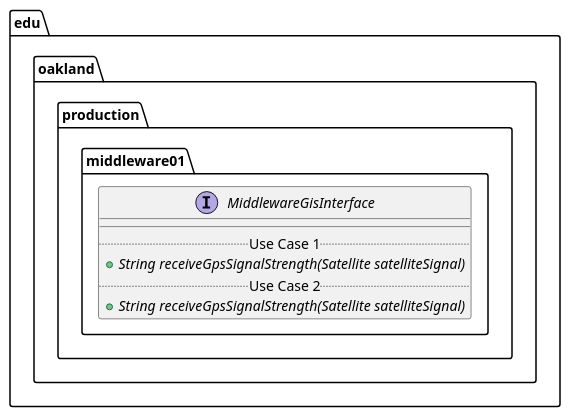
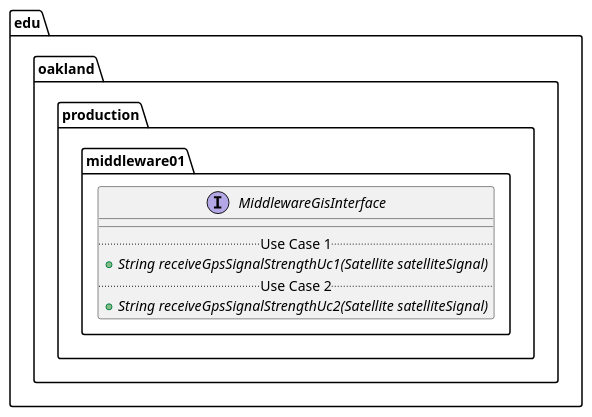
Before and after one commit to elilley15/csi-3370-software-project: the diagram in docs/uml-class-diagrams/middleware01/production/MiddlewareGisInterface/MiddlewareGisInterface.puml, drawn with PlantUML. The commit also changed 7 other files, not shown here.

```diff
--- a/docs/uml-class-diagrams/middleware01/production/MiddlewareGisInterface/MiddlewareGisInterface.puml
+++ b/docs/uml-class-diagrams/middleware01/production/MiddlewareGisInterface/MiddlewareGisInterface.puml
@@ -1,13 +1,13 @@
 @startuml MiddlewareGisInterface
 
 package edu.oakland.production.middleware01 {
     interface MiddlewareGisInterface {
         __
         .. Use Case 1 ..
-        {abstract} + String receiveGpsSignalStrength(Satellite satelliteSignal)
+        {abstract} + String receiveGpsSignalStrengthUc1(Satellite satelliteSignal)
         .. Use Case 2 ..
-        {abstract} + String receiveGpsSignalStrength(Satellite satelliteSignal)
+        {abstract} + String receiveGpsSignalStrengthUc2(Satellite satelliteSignal)
     }
 }
 
 @enduml
```
